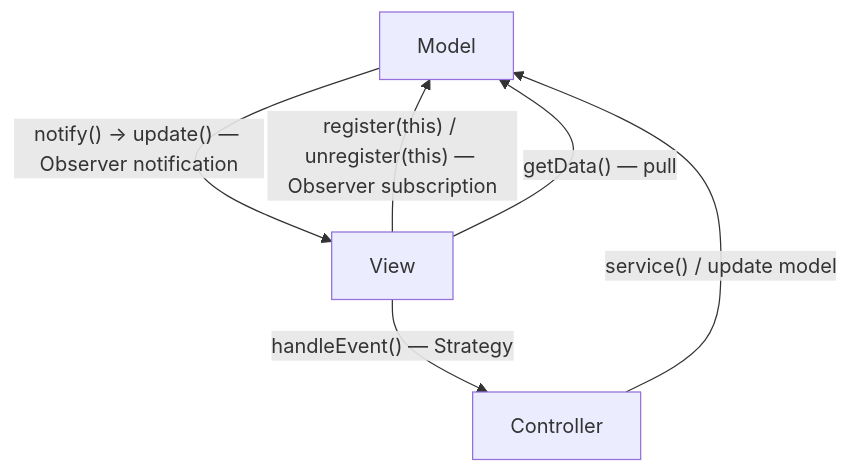
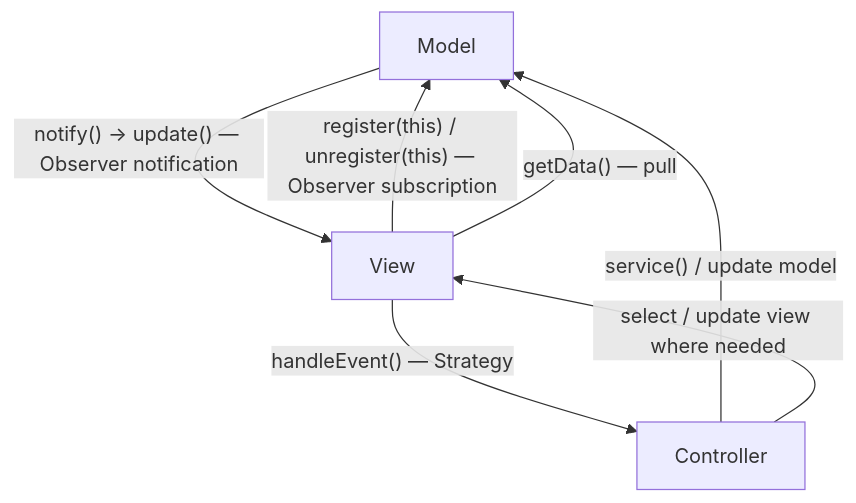
One commit to lekekbot/ntu-cs changed diagram 22 of 41 in sc2006/SC2006_Study_Guide.md. Above: the diagram before and after it, drawn with Mermaid. The commit also changed other lines of this file, not shown here.

````diff
--- a/sc2006/SC2006_Study_Guide.md
+++ b/sc2006/SC2006_Study_Guide.md
@@ -1635,11 +1612,12 @@
 ```mermaid
 flowchart TB
     M[Model]
     V[View]
     C[Controller]
     V -->|"register(this) / unregister(this) — Observer subscription"| M
     M -->|"notify() → update() — Observer notification"| V
     V -->|"handleEvent() — Strategy"| C
     C -->|"service() / update model"| M
     V -->|"getData() — pull"| M
+    C -->|"select / update view where needed"| V
 ```
````
